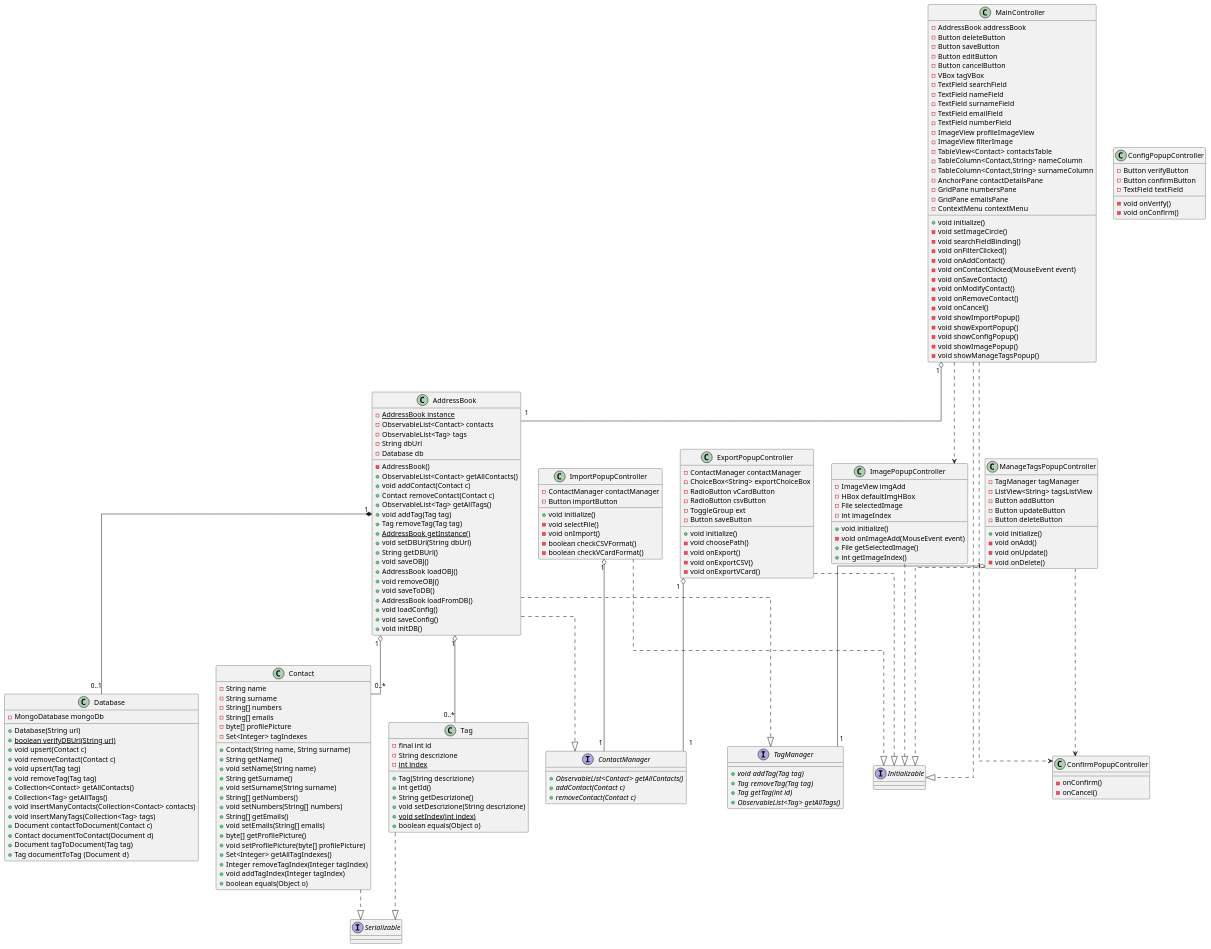
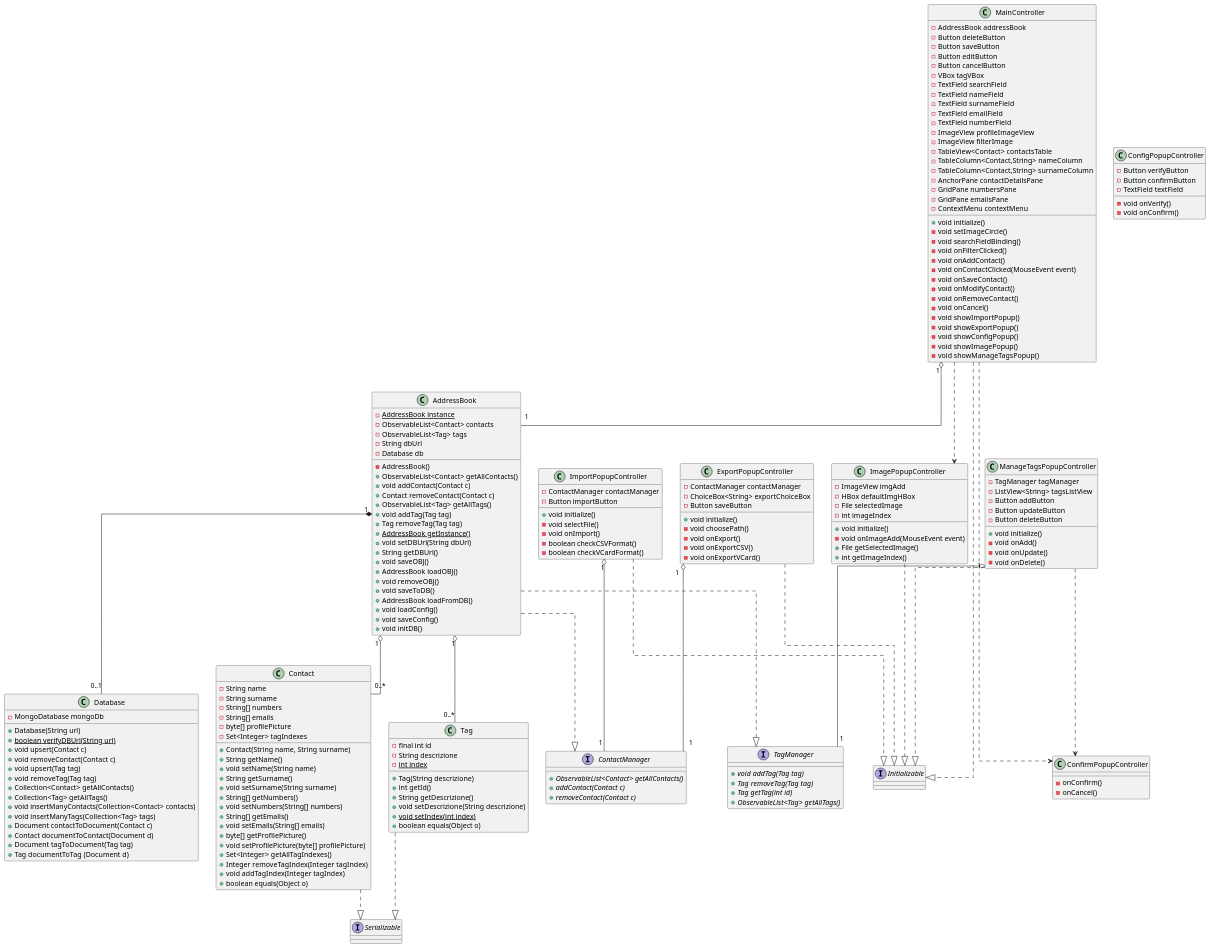
The diagram in documenti/diagrammi di classe/puml/diagrammaClassi.puml (savaava/ProgettoRubrica), drawn with PlantUML before and after one commit. The commit also changed 2 other files, not shown here.

```diff
--- a/documenti/diagrammi di classe/puml/diagrammaClassi.puml
+++ b/documenti/diagrammi di classe/puml/diagrammaClassi.puml
@@ -122,9 +122,6 @@
 class ExportPopupController {
     - ContactManager contactManager
     - ChoiceBox<String> exportChoiceBox
-    - RadioButton vCardButton
-    - RadioButton csvButton
-    - ToggleGroup ext
     - Button saveButton
 
     + void initialize()
```
